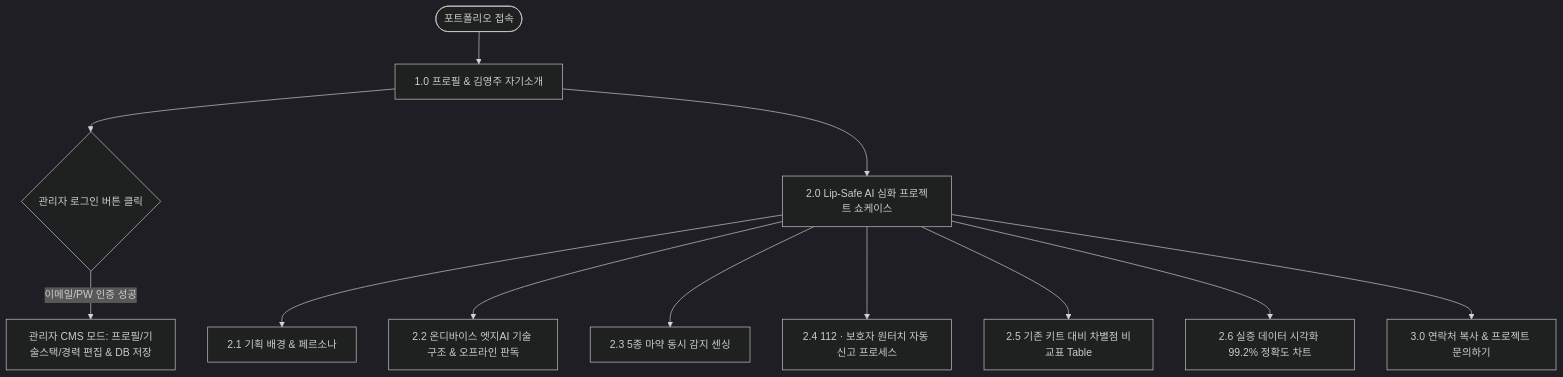
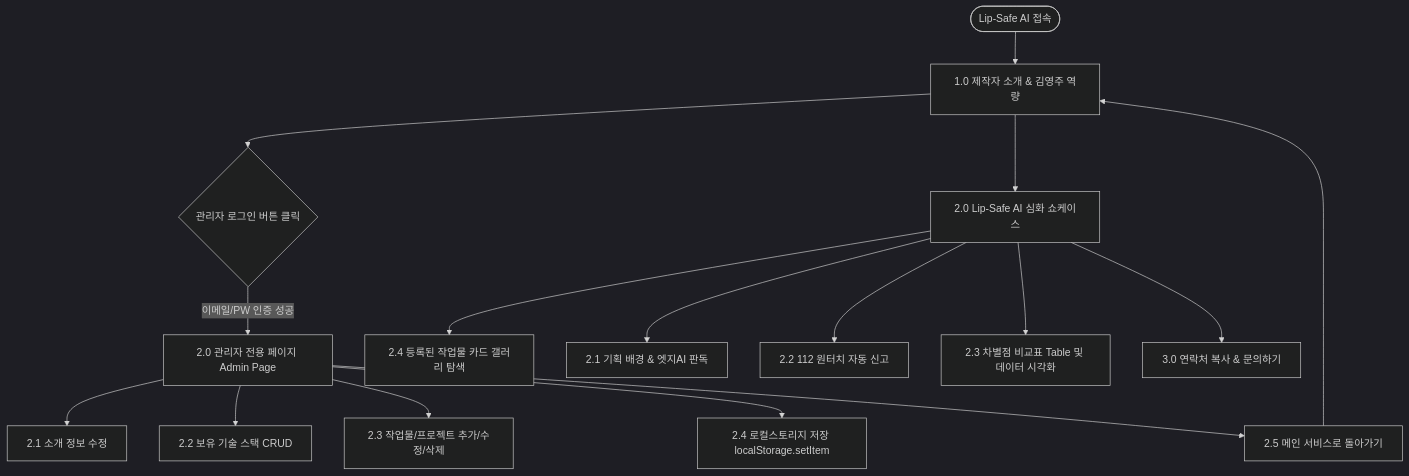
The diagram in portfolio/prd.md (goodtimeyjk-hash/Lip-Safe-AI), drawn with Mermaid (dark theme) before and after one commit. The commit also changed other lines of this file and 13 other files, not shown here.

````diff
--- a/portfolio/prd.md
+++ b/portfolio/prd.md
@@ -143,18 +162,21 @@
 ```mermaid
 flowchart TD
-    Start([포트폴리오 접속]) --> ProfileSec[1.0 프로필 & 김영주 자기소개]
+    Start([Lip-Safe AI 접속]) --> ProfileSec[1.0 제작자 소개 & 김영주 역량]
     
     ProfileSec --> CheckAdmin{관리자 로그인 버튼 클릭}
-    CheckAdmin -- 이메일/PW 인증 성공 --> AdminMode[관리자 CMS 모드: 프로필/기술스택/경력 편집 & DB 저장]
+    CheckAdmin -- 이메일/PW 인증 성공 --> AdminPage[2.0 관리자 전용 페이지 Admin Page]
     
-    ProfileSec --> ShowcaseSec[2.0 Lip-Safe AI 심화 프로젝트 쇼케이스]
+    AdminPage --> EditProfile[2.1 소개 정보 수정]
+    AdminPage --> EditSkills[2.2 보유 기술 스택 CRUD]
+    AdminPage --> ManageWorks[2.3 작업물/프로젝트 추가/수정/삭제]
+    AdminPage --> SaveLocalStorage[2.4 로컬스토리지 저장 localStorage.setItem]
+    AdminPage --> ReturnPublic[2.5 메인 서비스로 돌아가기] --> ProfileSec
     
-    ShowcaseSec --> ViewBackground[2.1 기획 배경 & 페르소나]
-    ShowcaseSec --> ViewEdgeAI[2.2 온디바이스 엣지AI 기술 구조 & 오프라인 판독]
-    ShowcaseSec --> ViewSensor[2.3 5종 마약 동시 감지 센싱]
-    ShowcaseSec --> ViewEmergency[2.4 112 · 보호자 원터치 자동 신고 프로세스]
-    ShowcaseSec --> ViewTable[2.5 기존 키트 대비 차별점 비교표 Table]
-    ShowcaseSec --> ViewMetrics[2.6 실증 데이터 시각화 99.2% 정확도 차트]
+    ProfileSec --> ShowcaseSec[2.0 Lip-Safe AI 심화 쇼케이스]
+    ShowcaseSec --> ViewWorks[2.4 등록된 작업물 카드 갤러리 탐색]
+    ShowcaseSec --> ViewBackground[2.1 기획 배경 & 엣지AI 판독]
+    ShowcaseSec --> ViewEmergency[2.2 112 원터치 자동 신고]
+    ShowcaseSec --> ViewTable[2.3 차별점 비교표 Table 및 데이터 시각화]
     
-    ShowcaseSec --> ContactSec[3.0 연락처 복사 & 프로젝트 문의하기]
+    ShowcaseSec --> ContactSec[3.0 연락처 복사 & 문의하기]
 ```
````
